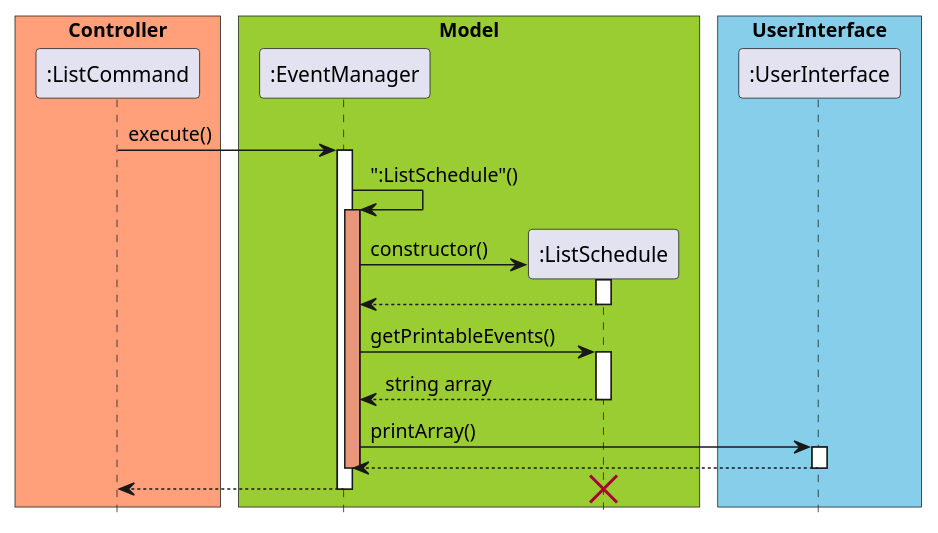
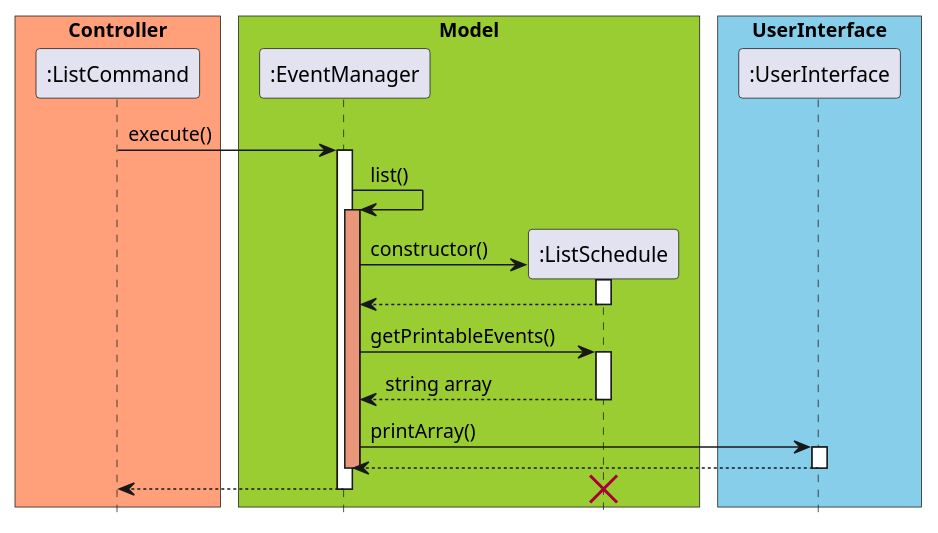
The diagram in docs/plantuml/ListEvent.puml (untitle4/tp), drawn with PlantUML before and after one commit. The commit also changed 9 other files, not shown here.

Commit message:
Update uml diagrams for dg

```diff
--- a/docs/plantuml/ListEvent.puml
+++ b/docs/plantuml/ListEvent.puml
@@ -1,41 +1,41 @@
 @startuml
 
 skinparam ParticipantPadding 10
 skinparam BoxPadding 5
 hide footbox
 
 box "Controller" #LightSalmon
 participant ":ListCommand"
 end box
 
 box "Model" #YellowGreen
 participant ":EventManager"
 participant ":ListSchedule"
 end box
 
 box "UserInterface" #skyblue
 participant ":UserInterface"
 end box
 
 ":ListCommand" -> ":EventManager" : execute()
 activate ":EventManager"
-":EventManager" -> ":EventManager" : ":ListSchedule"()
+":EventManager" -> ":EventManager" : list()
 activate ":EventManager" #DarkSalmon
 ":EventManager" -> ":ListSchedule" ** : constructor()
 activate ":ListSchedule"
 ":ListSchedule" --> ":EventManager"
 deactivate ":ListSchedule"
 ":EventManager" -> ":ListSchedule" : getPrintableEvents()
 activate ":ListSchedule"
 ":ListSchedule" --> ":EventManager" : string array
 deactivate ":ListSchedule"
 ":EventManager" -> ":UserInterface" : printArray()
 activate ":UserInterface"
 ":UserInterface" --> ":EventManager"
 deactivate ":UserInterface"
 deactivate ":EventManager"
 ":EventManager" --> ":ListCommand"
 deactivate ":EventManager"
 destroy ":ListSchedule"
 
 @enduml
```
